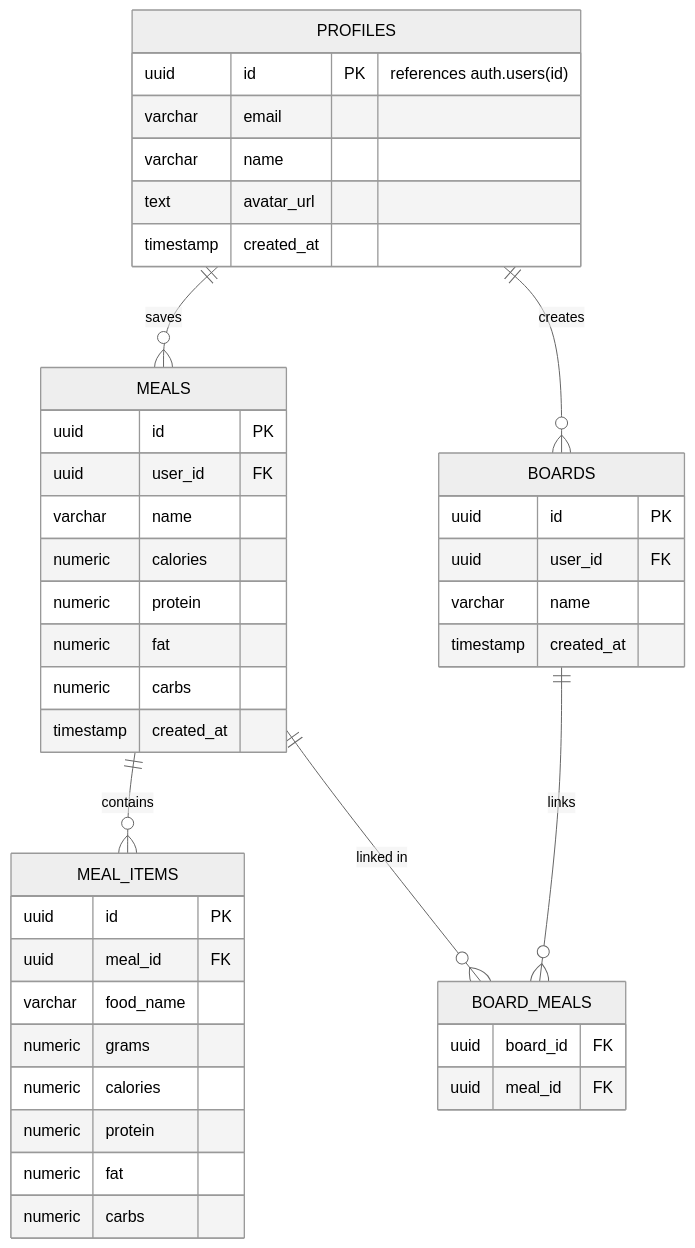
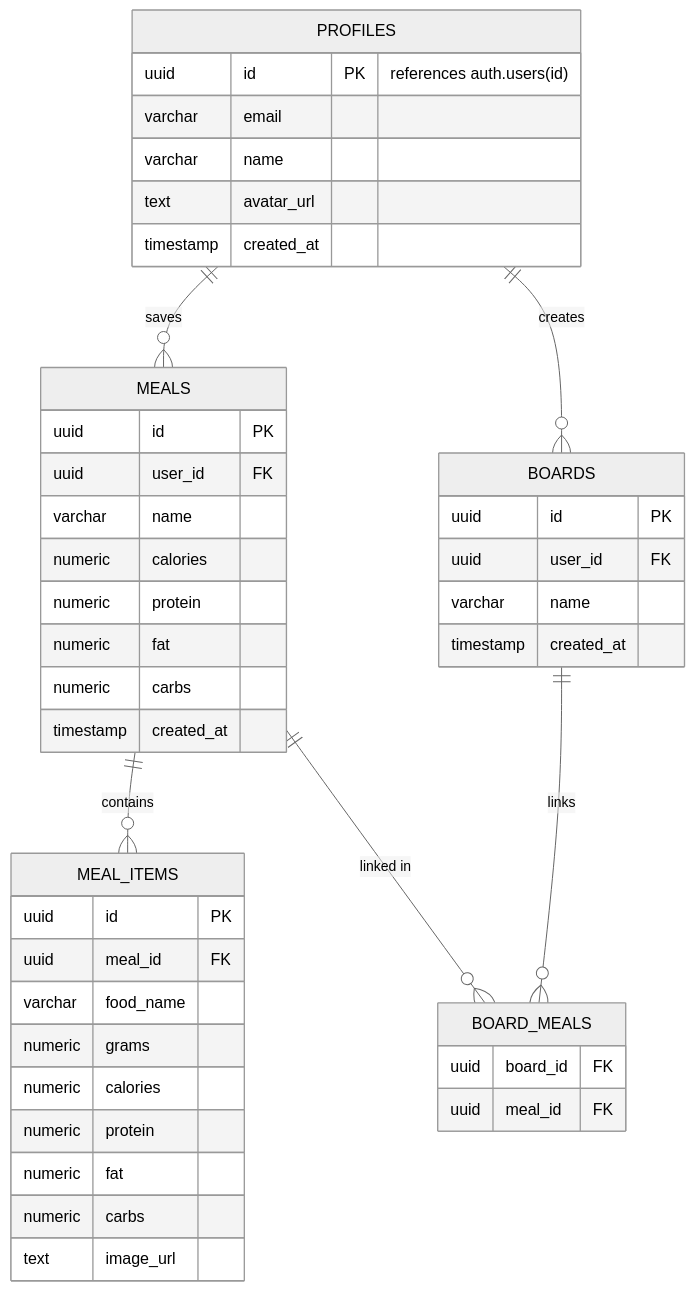
The diagram in docs/erd.md (bensoncappp/meal-rec), drawn with Mermaid (neutral theme) before and after one commit. The commit also changed 7 other files, not shown here.

Commit message:
Restore save-with-image flow, image prompt fixes, search bar style

````diff
--- a/docs/erd.md
+++ b/docs/erd.md
@@ -5,50 +5,51 @@
 ```mermaid
 erDiagram
     PROFILES {
         uuid id PK "references auth.users(id)"
         varchar email
         varchar name
         text avatar_url
         timestamp created_at
     }
 
     MEALS {
         uuid id PK
         uuid user_id FK
         varchar name
         numeric calories
         numeric protein
         numeric fat
         numeric carbs
         timestamp created_at
     }
 
     MEAL_ITEMS {
         uuid id PK
         uuid meal_id FK
         varchar food_name
         numeric grams
         numeric calories
         numeric protein
         numeric fat
         numeric carbs
+        text image_url
     }
 
     BOARDS {
         uuid id PK
         uuid user_id FK
         varchar name
         timestamp created_at
     }
 
     BOARD_MEALS {
         uuid board_id FK
         uuid meal_id FK
     }
 
     PROFILES ||--o{ MEALS : saves
     PROFILES ||--o{ BOARDS : creates
     MEALS ||--o{ MEAL_ITEMS : contains
     BOARDS ||--o{ BOARD_MEALS : links
     MEALS ||--o{ BOARD_MEALS : "linked in"
 ```
````
